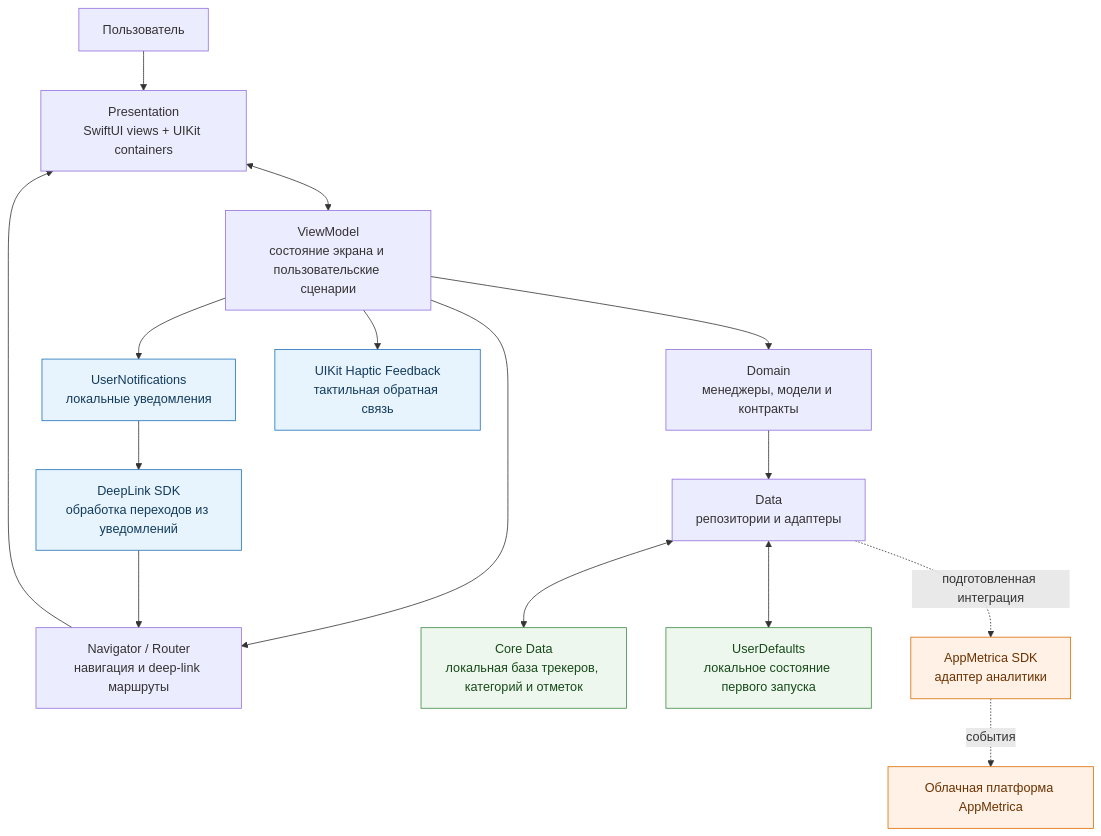
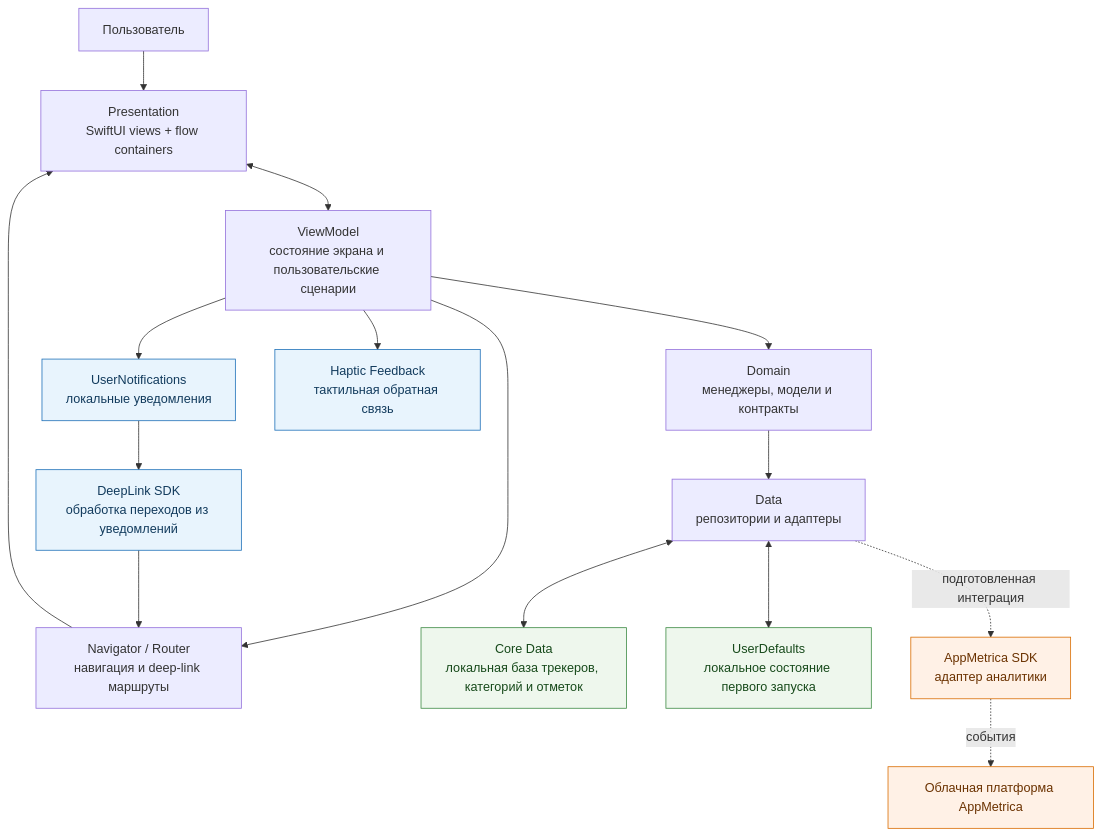
The diagram in README.md (alrzi/Tracker), drawn with Mermaid before and after one commit. The commit also changed other lines of this file and 67 other files, not shown here.

````diff
--- a/README.md
+++ b/README.md
@@ -32,38 +32,38 @@
 ```mermaid
 graph TD
     User[Пользователь]
-    UI[Presentation<br/>SwiftUI views + UIKit containers]
+    UI[Presentation<br/>SwiftUI views + flow containers]
     VM[ViewModel<br/>состояние экрана и пользовательские сценарии]
     Nav[Navigator / Router<br/>навигация и deep-link маршруты]
     Domain[Domain<br/>менеджеры, модели и контракты]
     Repos[Data<br/>репозитории и адаптеры]
     Store[Core Data<br/>локальная база трекеров, категорий и отметок]
     Settings[UserDefaults<br/>локальное состояние первого запуска]
     Notifications[UserNotifications<br/>локальные уведомления]
     DeepLinks[DeepLink SDK<br/>обработка переходов из уведомлений]
-    Haptics[UIKit Haptic Feedback<br/>тактильная обратная связь]
+    Haptics[Haptic Feedback<br/>тактильная обратная связь]
     Analytics[AppMetrica SDK<br/>адаптер аналитики]
     Cloud[Облачная платформа AppMetrica]
 
     User --> UI
     UI <--> VM
     VM --> Nav
     Nav --> UI
     VM --> Domain
     Domain --> Repos
     Repos <--> Store
     Repos <--> Settings
     VM --> Notifications
     Notifications --> DeepLinks
     DeepLinks --> Nav
     VM --> Haptics
     Repos -. подготовленная интеграция .-> Analytics
     Analytics -. события .-> Cloud
 
     classDef system fill:#E8F4FD,stroke:#1D70B8,color:#123B5D;
     classDef external fill:#FFF1E6,stroke:#D96C00,color:#6B3200;
     classDef local fill:#EEF7ED,stroke:#3C8A43,color:#174A1B;
     class Store,Settings local;
     class Notifications,DeepLinks,Haptics system;
     class Analytics,Cloud external;
 ```
````
